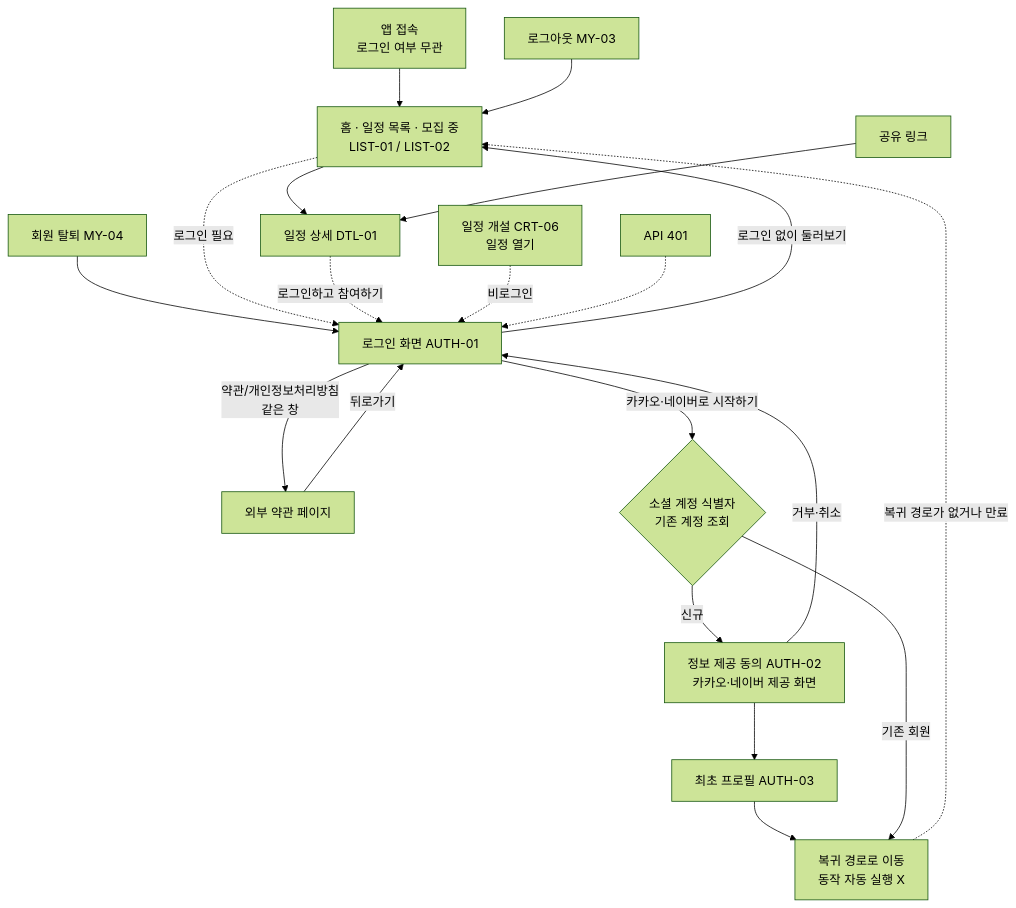
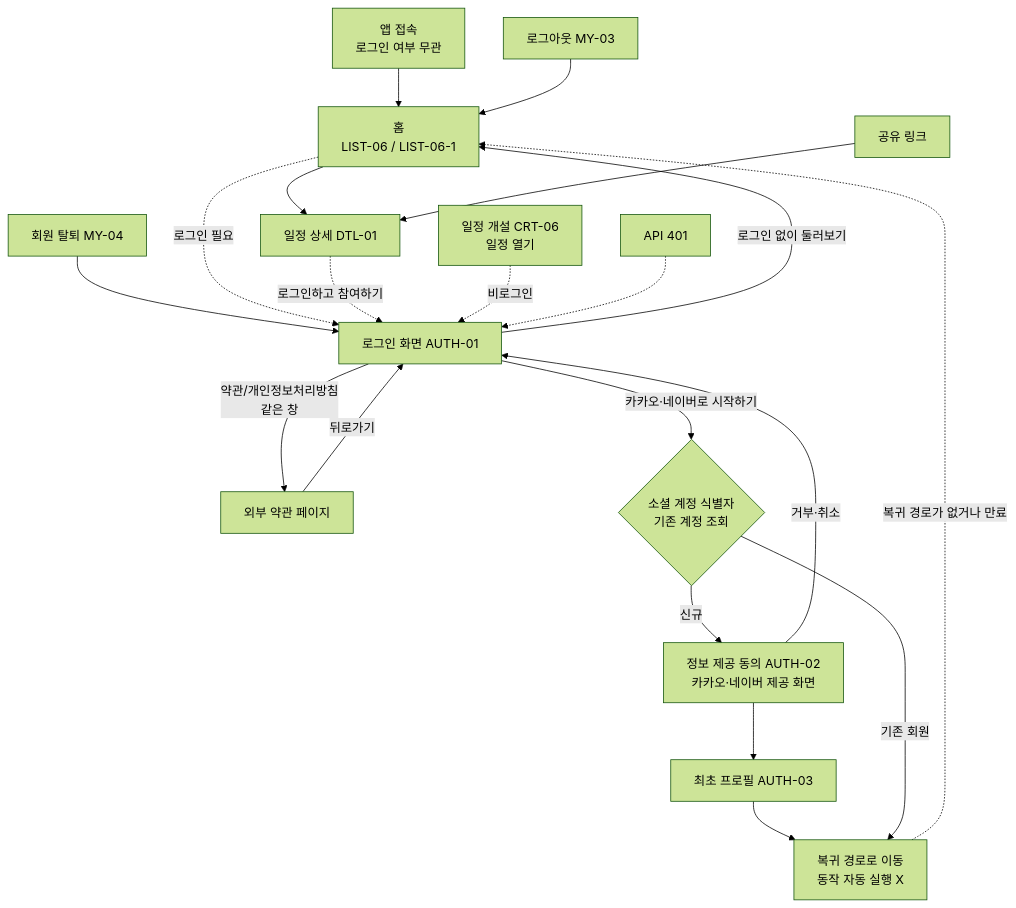
The first of 2 diagrams in docs/USER_FLOW.md (shineunsigan-project/snsg-fr), drawn with Mermaid (forest theme) before and after one commit. The commit also changed other lines of this file and 45 other files, not shown here.

````diff
--- a/docs/USER_FLOW.md
+++ b/docs/USER_FLOW.md
@@ -102,20 +103,20 @@
 ```mermaid
 flowchart TD
-    A[앱 접속<br/>로그인 여부 무관] --> H[홈 · 일정 목록 · 모집 중<br/>LIST-01 / LIST-02]
+    A[앱 접속<br/>로그인 여부 무관] --> H[홈<br/>LIST-06 / LIST-06-1]
     OUT[로그아웃 MY-03] --> H
     DEL[회원 탈퇴 MY-04] --> L[로그인 화면 AUTH-01]
     L -->|로그인 없이 둘러보기| H
     L -->|약관/개인정보처리방침<br/>같은 창| T[외부 약관 페이지] -->|뒤로가기| L
     L -->|카카오·네이버로 시작하기| K{소셜 계정 식별자<br/>기존 계정 조회}
     K -->|신규| C[정보 제공 동의 AUTH-02<br/>카카오·네이버 제공 화면] --> P[최초 프로필 AUTH-03] --> R[복귀 경로로 이동<br/>동작 자동 실행 X]
     K -->|기존 회원| R
     C -->|거부·취소| L
 
     H --> D[일정 상세 DTL-01]
     EXT[공유 링크] --> D
     H -. 로그인 필요 .-> L
     D -. 로그인하고 참여하기 .-> L
     CRT[일정 개설 CRT-06<br/>일정 열기] -. 비로그인 .-> L
     API[API 401] -.-> L
     R -.->|복귀 경로가 없거나 만료| H
 ```
````
